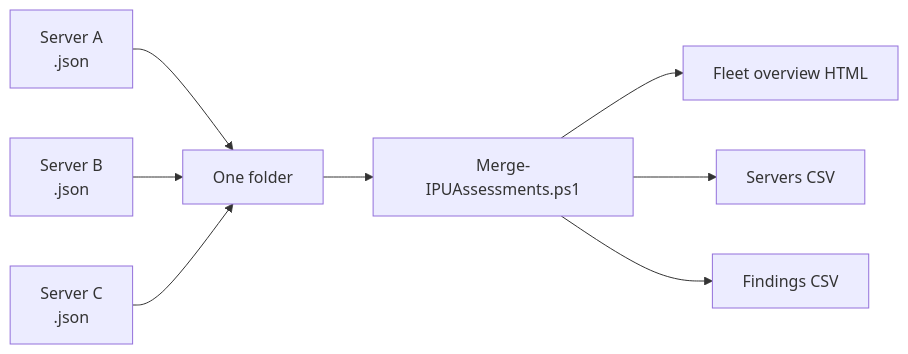
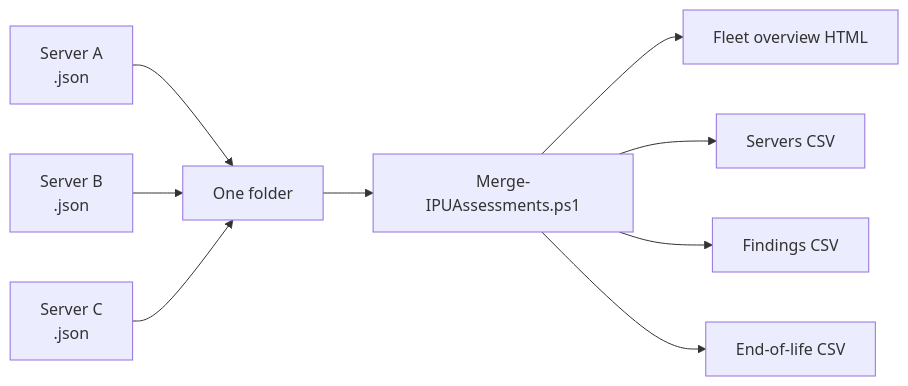
Before and after one commit to JeanKadang/IPU-ReadinessAssessment: the second of 3 diagrams in README.md, drawn with Mermaid. The commit also changed other lines of this file and 2 other files, not shown here.

````diff
--- a/README.md
+++ b/README.md
@@ -96,10 +96,11 @@
 ```mermaid
 flowchart LR
     A[Server A<br/>.json] --> F[One folder]
     B[Server B<br/>.json] --> F
     C[Server C<br/>.json] --> F
     F --> M[Merge-IPUAssessments.ps1]
     M --> H[Fleet overview HTML]
     M --> S[Servers CSV]
     M --> X[Findings CSV]
+    M --> E[End-of-life CSV]
 ```
````
